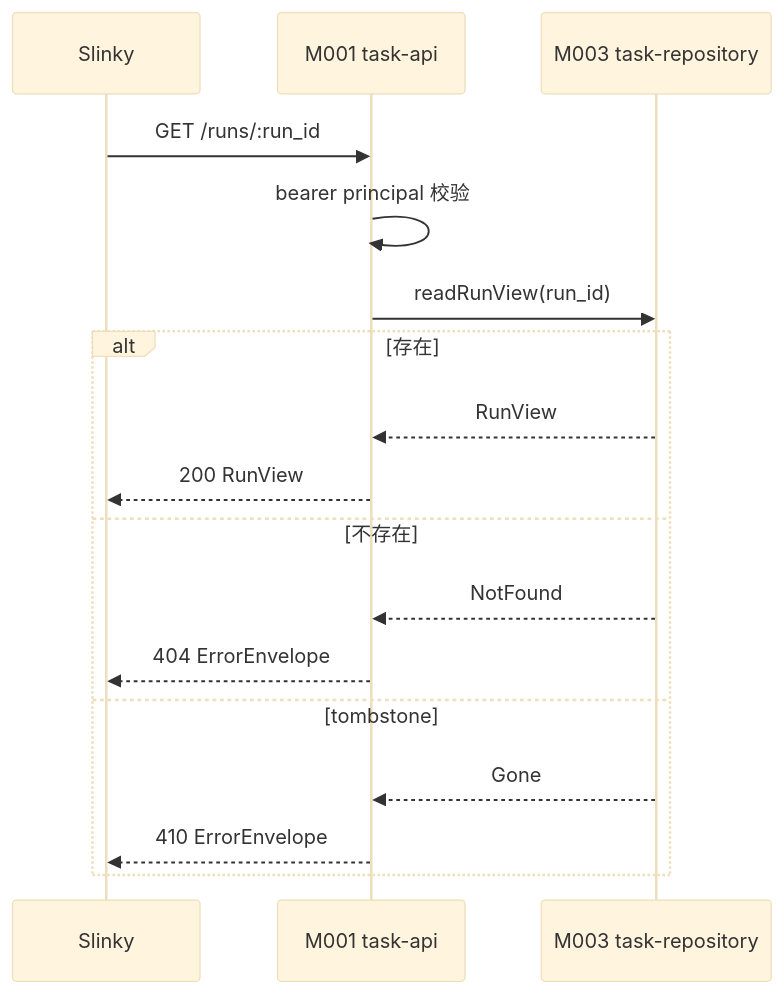
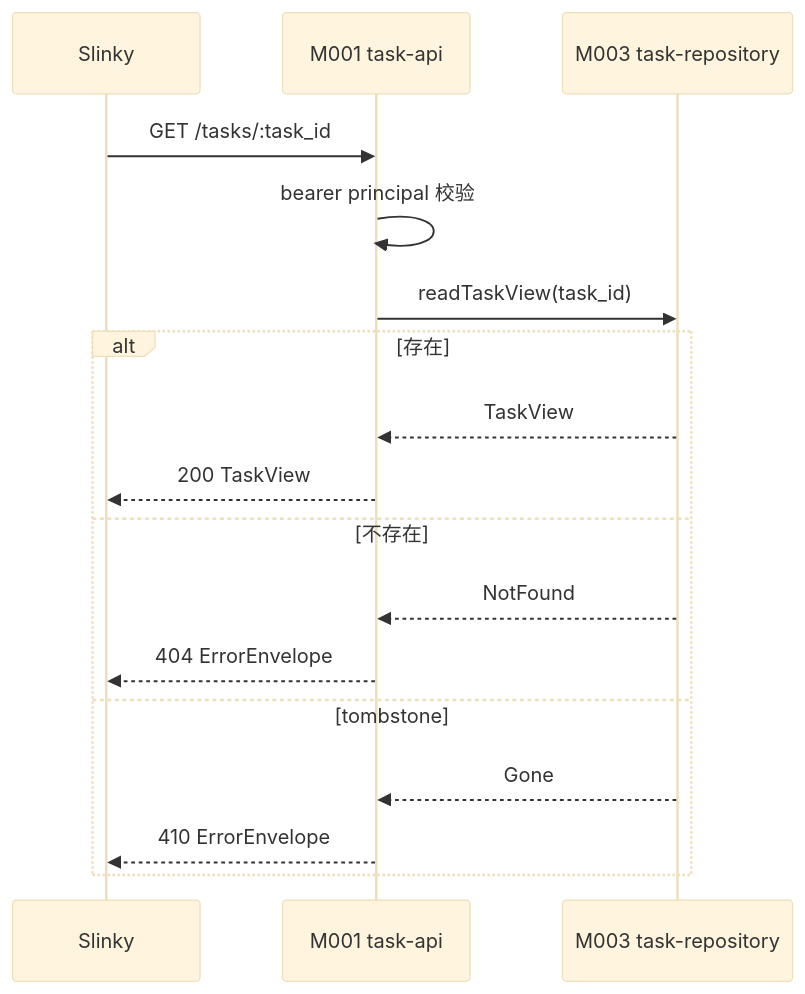
One commit to corezilla/piko changed the fourth of 6 diagrams in docs/40_module_design/piko-task-api-design.md. Above: the diagram before and after it, drawn with Mermaid (base theme). The commit also changed other lines of this file and 86 other files, not shown here.

````diff
--- a/docs/40_module_design/piko-task-api-design.md
+++ b/docs/40_module_design/piko-task-api-design.md
@@ -481,19 +482,19 @@
 ```mermaid
 sequenceDiagram
     participant SL as Slinky
     participant API as M001 task-api
     participant REPO as M003 task-repository
-    SL->>API: GET /runs/:run_id
+    SL->>API: GET /tasks/:task_id
     API->>API: bearer principal 校验
-    API->>REPO: readRunView(run_id)
+    API->>REPO: readTaskView(task_id)
     alt 存在
-        REPO-->>API: RunView
-        API-->>SL: 200 RunView
+        REPO-->>API: TaskView
+        API-->>SL: 200 TaskView
     else 不存在
         REPO-->>API: NotFound
         API-->>SL: 404 ErrorEnvelope
     else tombstone
         REPO-->>API: Gone
         API-->>SL: 410 ErrorEnvelope
     end
 ```
````
